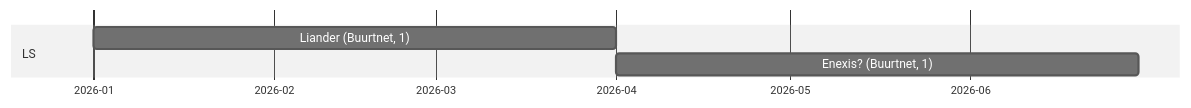
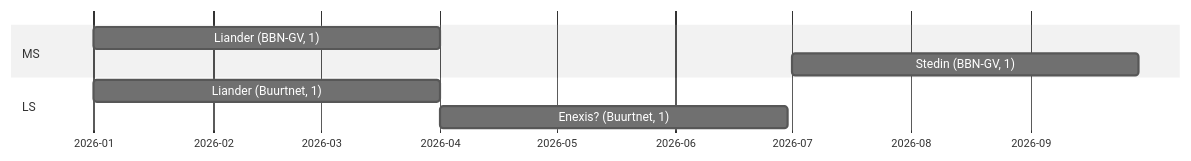
Before and after one commit to Netbeheer-Nederland/presentations: the fourth of 5 diagrams in presentatie_profile_group-20250113/index.adoc, drawn with Mermaid. The commit also changed other lines of this file and 5 other files, not shown here.

```diff
--- a/presentatie_profile_group-20250113/index.adoc
+++ b/presentatie_profile_group-20250113/index.adoc
@@ -92,11 +133,15 @@
 [mermaid]
 ----
 %%{init: {"theme":"neutral"}}%%
 gantt
     dateFormat  YYYY-MM-DD
     axisFormat  %Y-%m
 
+    section MS
+    Liander (BBN-GV, 1) :2026-01-01, 90d
+    Stedin (BBN-GV, 1) :2026-07-01, 90d
+
     section LS
     Liander (Buurtnet, 1) :2026-01-01, 90d
     Enexis? (Buurtnet, 1) :2026-04-01, 90d
 ----
```
